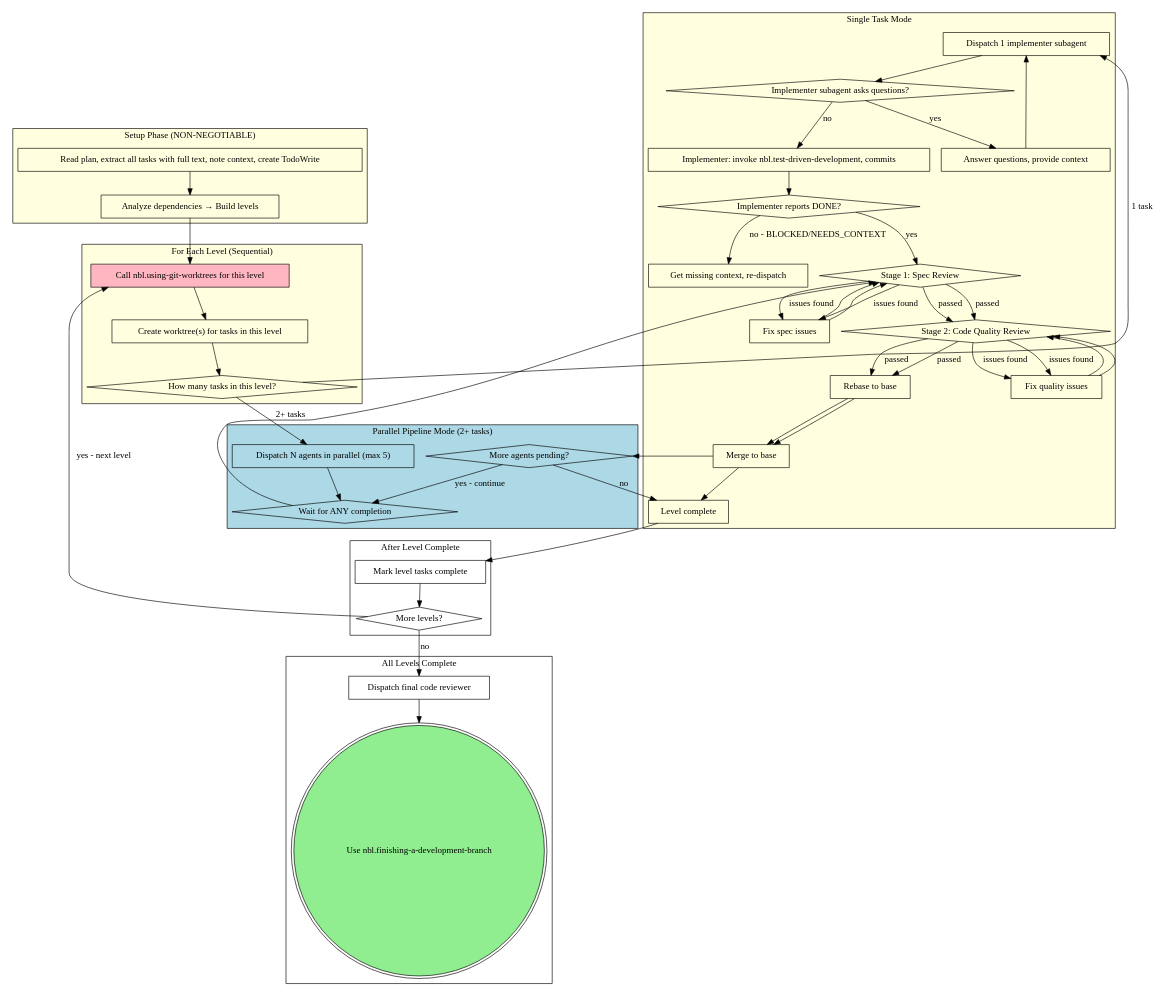
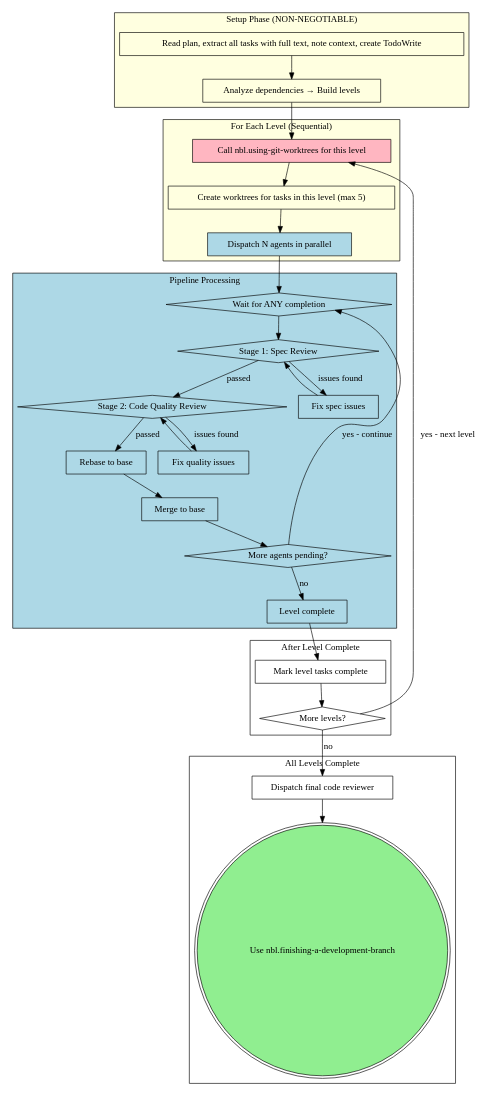
Before and after one commit to icefrag/guozhi-claude-code: the second of 2 diagrams in skills/nbl.parallel-subagent-driven-development/SKILL.md, drawn with Graphviz. The commit also changed other lines of this file, not shown here.

First line of the commit message:
refactor(parallel-subagent): remove single-task mode descriptions

```diff
--- a/skills/nbl.parallel-subagent-driven-development/SKILL.md
+++ b/skills/nbl.parallel-subagent-driven-development/SKILL.md
@@ -353,32 +281,13 @@
         label="For Each Level (Sequential)";
         style=filled fillcolor=lightyellow;
         "Call nbl.using-git-worktrees for this level" [shape=box style=filled fillcolor=lightpink];
-        "Create worktree(s) for tasks in this level" [shape=box];
-        "How many tasks in this level?" [shape=diamond];
-    }
-
-    subgraph cluster_single {
-        label="Single Task Mode";
-        style=filled fillcolor=lightyellow;
-        "Dispatch 1 implementer subagent" [shape=box];
-        "Implementer subagent asks questions?" [shape=diamond];
-        "Answer questions, provide context" [shape=box];
-        "Implementer: invoke nbl.test-driven-development, commits" [shape=box];
-        "Implementer reports DONE?" [shape=diamond];
-        "Get missing context, re-dispatch" [shape=box];
-        "Stage 1: Spec Review" [shape=diamond];
-        "Fix spec issues" [shape=box];
-        "Stage 2: Code Quality Review" [shape=diamond];
-        "Fix quality issues" [shape=box];
-        "Rebase to base" [shape=box];
-        "Merge to base" [shape=box];
-        "Level complete" [shape=box];
+        "Create worktrees for tasks in this level (max 5)" [shape=box];
+        "Dispatch N agents in parallel" [shape=box style=filled fillcolor=lightblue];
     }
 
     subgraph cluster_pipeline {
-        label="Parallel Pipeline Mode (2+ tasks)";
+        label="Pipeline Processing";
         style=filled fillcolor=lightblue;
-        "Dispatch N agents in parallel (max 5)" [shape=box];
         "Wait for ANY completion" [shape=diamond];
         "Stage 1: Spec Review" [shape=diamond];
         "Fix spec issues" [shape=box];
@@ -405,30 +314,11 @@
     // Setup flow
     "Read plan, extract all tasks with full text, note context, create TodoWrite" -> "Analyze dependencies → Build levels";
     "Analyze dependencies → Build levels" -> "Call nbl.using-git-worktrees for this level";
-    "Call nbl.using-git-worktrees for this level" -> "Create worktree(s) for tasks in this level";
-    "Create worktree(s) for tasks in this level" -> "How many tasks in this level?";
+    "Call nbl.using-git-worktrees for this level" -> "Create worktrees for tasks in this level (max 5)";
+    "Create worktrees for tasks in this level (max 5)" -> "Dispatch N agents in parallel";
 
-    // Single task branch
-    "How many tasks in this level?" -> "Dispatch 1 implementer subagent" [label="1 task"];
-    "Dispatch 1 implementer subagent" -> "Implementer subagent asks questions?";
-    "Implementer subagent asks questions?" -> "Answer questions, provide context" [label="yes"];
-    "Answer questions, provide context" -> "Dispatch 1 implementer subagent";
-    "Implementer subagent asks questions?" -> "Implementer: invoke nbl.test-driven-development, commits" [label="no"];
-    "Implementer: invoke nbl.test-driven-development, commits" -> "Implementer reports DONE?";
-    "Implementer reports DONE?" -> "Get missing context, re-dispatch" [label="no - BLOCKED/NEEDS_CONTEXT"];
-    "Implementer reports DONE?" -> "Stage 1: Spec Review" [label="yes"];
-    "Stage 1: Spec Review" -> "Fix spec issues" [label="issues found"];
-    "Fix spec issues" -> "Stage 1: Spec Review";
-    "Stage 1: Spec Review" -> "Stage 2: Code Quality Review" [label="passed"];
-    "Stage 2: Code Quality Review" -> "Fix quality issues" [label="issues found"];
-    "Fix quality issues" -> "Stage 2: Code Quality Review";
-    "Stage 2: Code Quality Review" -> "Rebase to base" [label="passed"];
-    "Rebase to base" -> "Merge to base";
-    "Merge to base" -> "Level complete";
-
-    // Pipeline branch (parallel dispatch)
-    "How many tasks in this level?" -> "Dispatch N agents in parallel (max 5)" [label="2+ tasks"];
-    "Dispatch N agents in parallel (max 5)" -> "Wait for ANY completion";
+    // Pipeline processing
+    "Dispatch N agents in parallel" -> "Wait for ANY completion";
     "Wait for ANY completion" -> "Stage 1: Spec Review";
     "Stage 1: Spec Review" -> "Fix spec issues" [label="issues found"];
     "Fix spec issues" -> "Stage 1: Spec Review";
```
